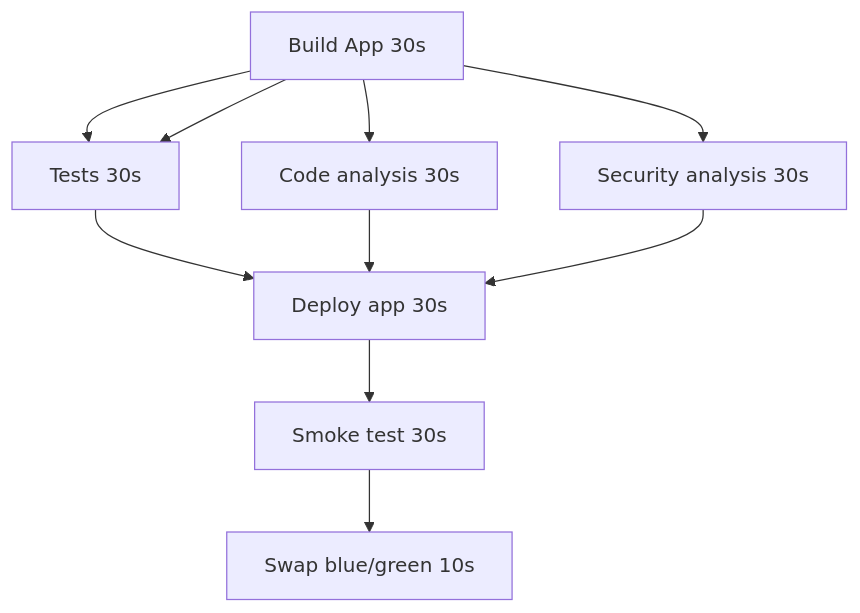
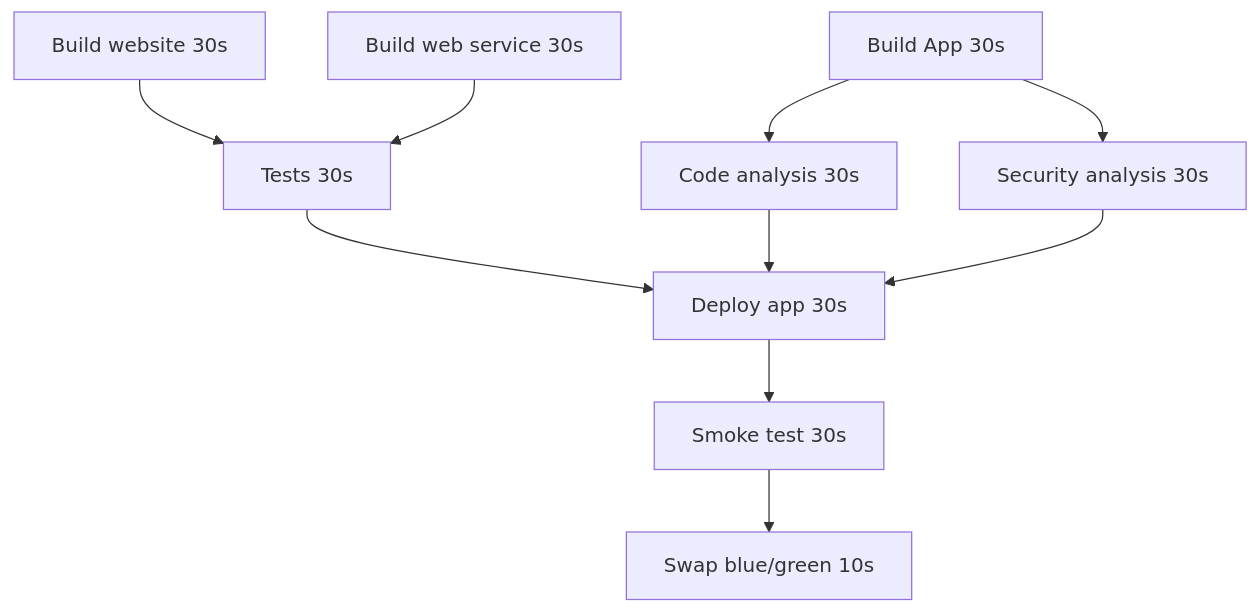
Before and after one commit to samsmithnz/ParallelPipelinesDemo: the second of 2 diagrams in README.md, drawn with Mermaid. The commit also changed other lines of this file, not shown here.

````diff
--- a/README.md
+++ b/README.md
@@ -11,9 +11,9 @@
 ```mermaid
   graph TD;
-      buildApp[Build website 30s]-->tests[Tests 30s];
-      buildApp[Build web service 30s]-->tests[Tests 30s]-->deployApp[Deploy app 30s];
+      buildweb[Build website 30s]-->tests[Tests 30s];
+      buildwebservice[Build web service 30s]-->tests[Tests 30s]-->deployApp[Deploy app 30s];
       buildApp[Build App 30s]-->codeAnalysis[Code analysis 30s]-->deployApp[Deploy app 30s];
       buildApp[Build App 30s]-->securityAnalysis[Security analysis 30s]-->deployApp[Deploy app 30s];
       deployApp[Deploy app 30s]-->smoke[Smoke test 30s];
       smoke[Smoke test 30s]-->swap[Swap blue/green 10s];
 ```
````
